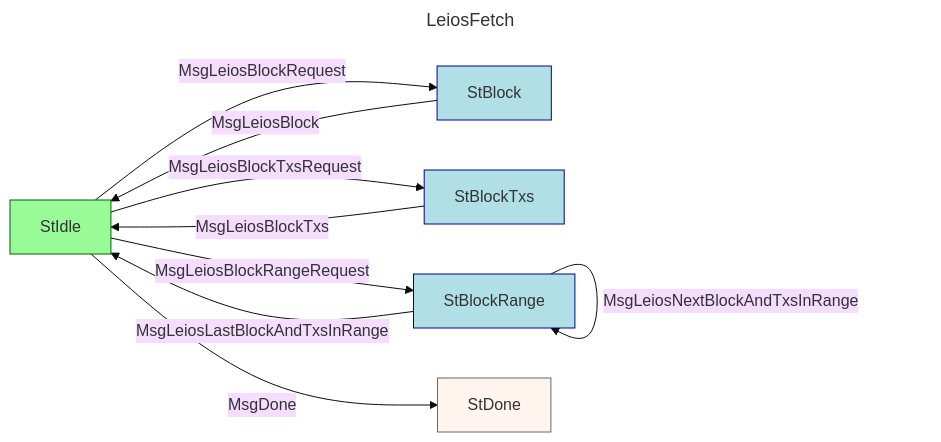
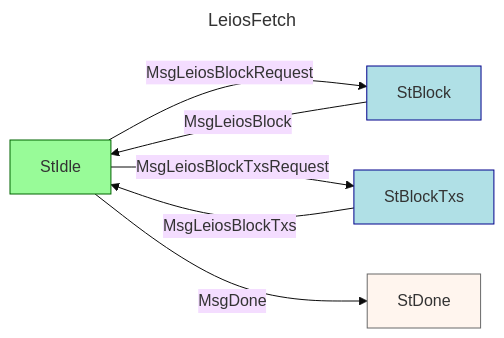
One commit to cardano-foundation/CIPs changed the second of 2 diagrams in CIP-0164/README.md. Above: the diagram before and after it, drawn with Mermaid (base theme). The commit also changed other lines of this file, not shown here.

First line of the commit message:
CIP-0164: drop the LeiosFetch batch messages

````diff
--- a/CIP-0164/README.md
+++ b/CIP-0164/README.md
@@ -1455,17 +1455,15 @@
 ```mermaid
 ---
 title: LeiosFetch
 ---
 graph LR
    style StIdle fill:PaleGreen,stroke:DarkGreen;
    style StBlock fill:PowderBlue,stroke:DarkBlue;
    style StBlockTxs fill:PowderBlue,stroke:DarkBlue;
-   style StBlockRange fill:PowderBlue,stroke:DarkBlue;
    style StDone fill:SeaShell,stroke:DimGray;
 
    StIdle -->|MsgLeiosBlockRequest| StBlock -->|MsgLeiosBlock| StIdle
    StIdle -->|MsgLeiosBlockTxsRequest| StBlockTxs -->|MsgLeiosBlockTxs| StIdle
-   StIdle -->|MsgLeiosBlockRangeRequest| StBlockRange -->|MsgLeiosNextBlockAndTxsInRange| StBlockRange -->|MsgLeiosLastBlockAndTxsInRange| StIdle
 
    StIdle -->|MsgDone| StDone
 ```
````
